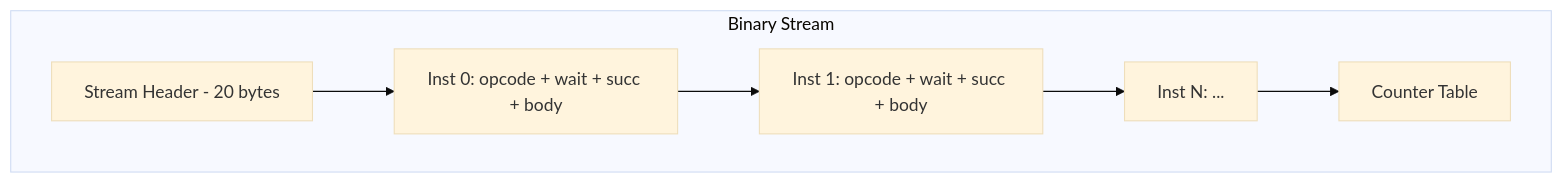
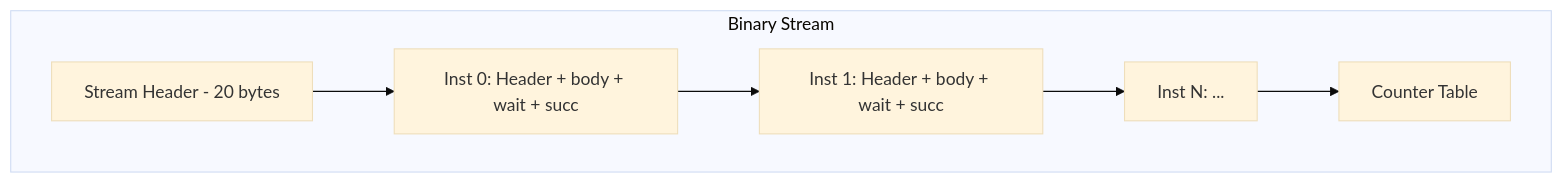
One commit to infervisor/plow changed the diagram in docs/arch/04-packet-abi.md. Above: the diagram before and after it, drawn with Mermaid (base theme). The commit also changed other lines of this file and 325 other files, not shown here.

````diff
--- a/docs/arch/04-packet-abi.md
+++ b/docs/arch/04-packet-abi.md
@@ -19,12 +19,12 @@
 ```mermaid
 flowchart TD
     subgraph Binary Stream
         HDR[Stream Header - 20 bytes]
-        I0[Inst 0: opcode + wait + succ + body]
-        I1[Inst 1: opcode + wait + succ + body]
+        I0[Inst 0: Header + body + wait + succ]
+        I1[Inst 1: Header + body + wait + succ]
         IN[Inst N: ...]
         CT[Counter Table]
     end
 
     HDR --> I0 --> I1 --> IN --> CT
 ```
````
